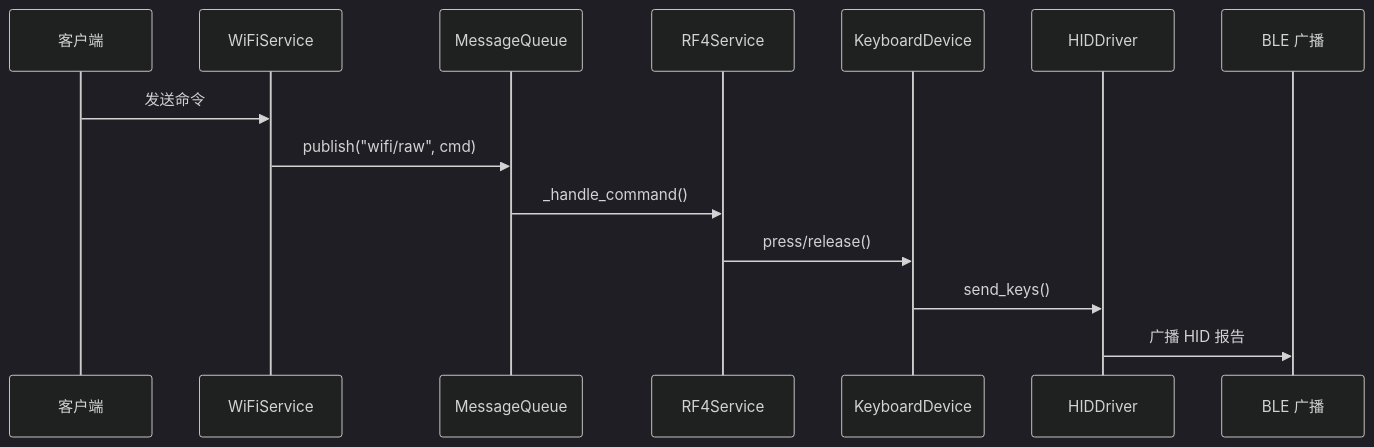
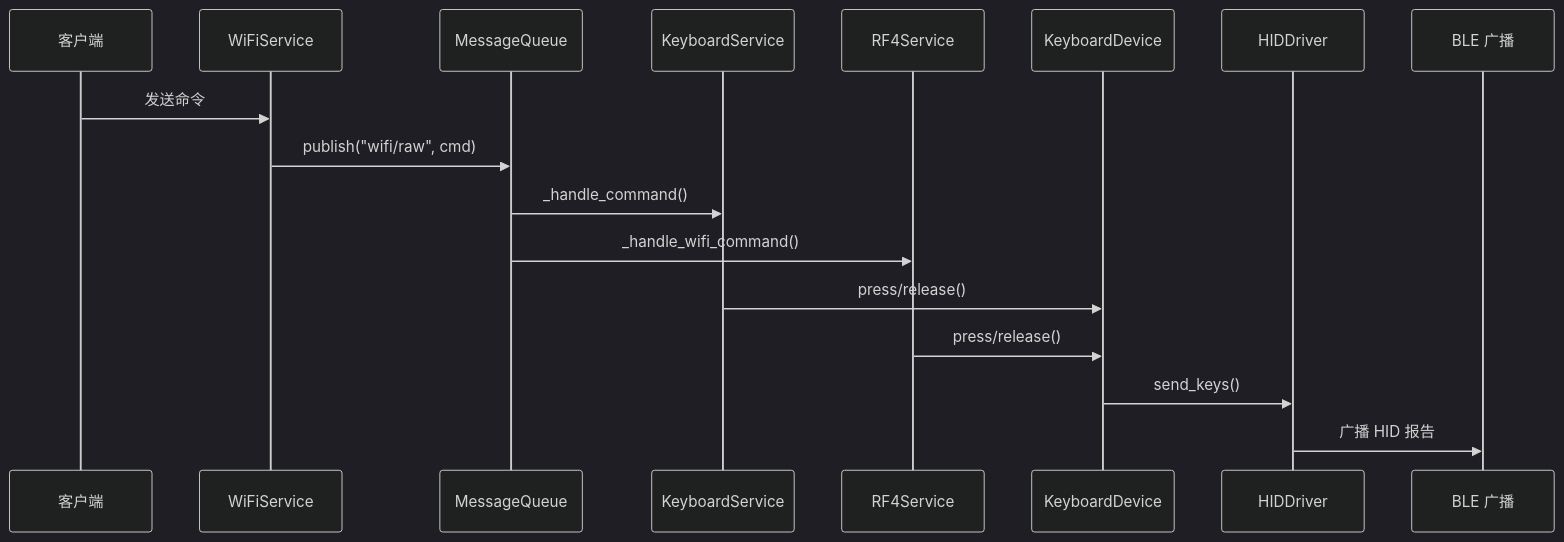
The third of 6 diagrams in docs/design/README.md (Ts-sound/esp32-python-keyboard), drawn with Mermaid (dark theme) before and after one commit. The commit also changed other lines of this file and 1 other file, not shown here.

First line of the commit message:
docs: update architecture docs and add JSON message format proposal

````diff
--- a/docs/design/README.md
+++ b/docs/design/README.md
@@ -78,17 +81,20 @@
 ```mermaid
 sequenceDiagram
     participant Client as 客户端
     participant WS as WiFiService
     participant MQ as MessageQueue
+    participant KS as KeyboardService
     participant RS as RF4Service
     participant KD as KeyboardDevice
     participant HD as HIDDriver
     participant BLE as BLE 广播
     
     Client->>WS: 发送命令
     WS->>MQ: publish("wifi/raw", cmd)
-    MQ->>RS: _handle_command()
+    MQ->>KS: _handle_command()
+    MQ->>RS: _handle_wifi_command()
+    KS->>KD: press/release()
     RS->>KD: press/release()
     KD->>HD: send_keys()
     HD->>BLE: 广播 HID 报告
 ```
````
